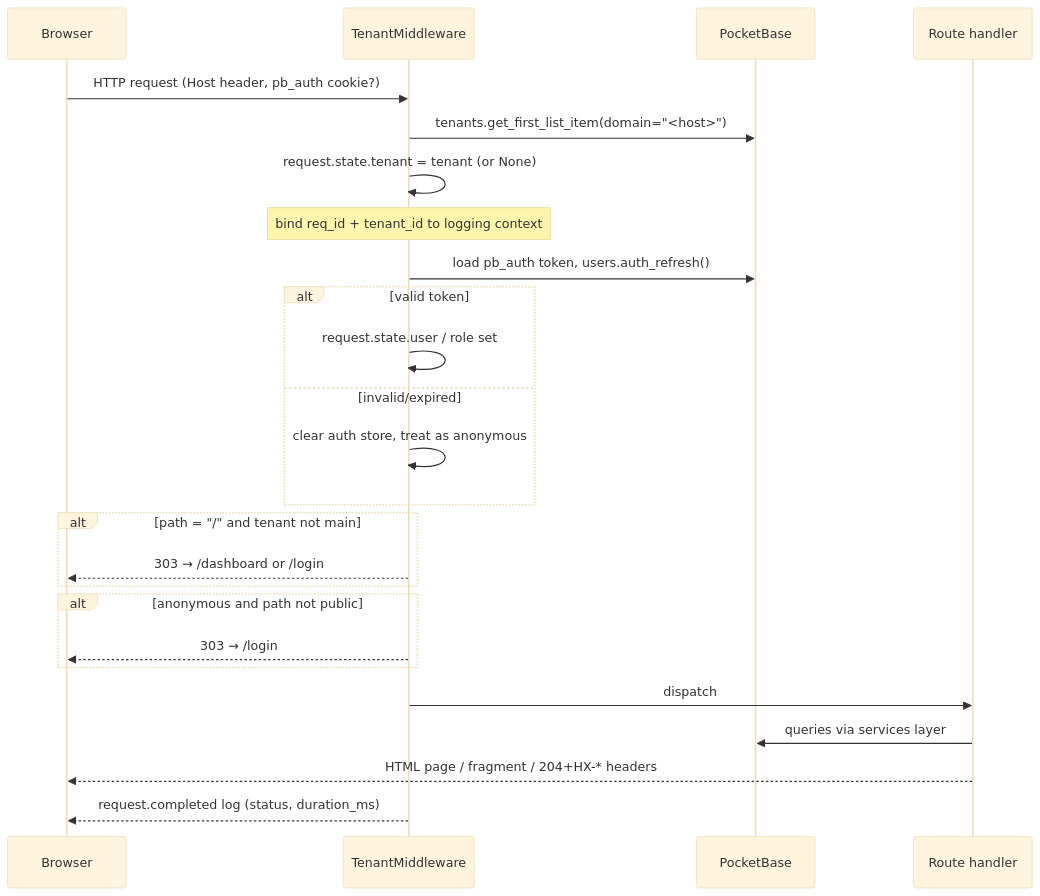
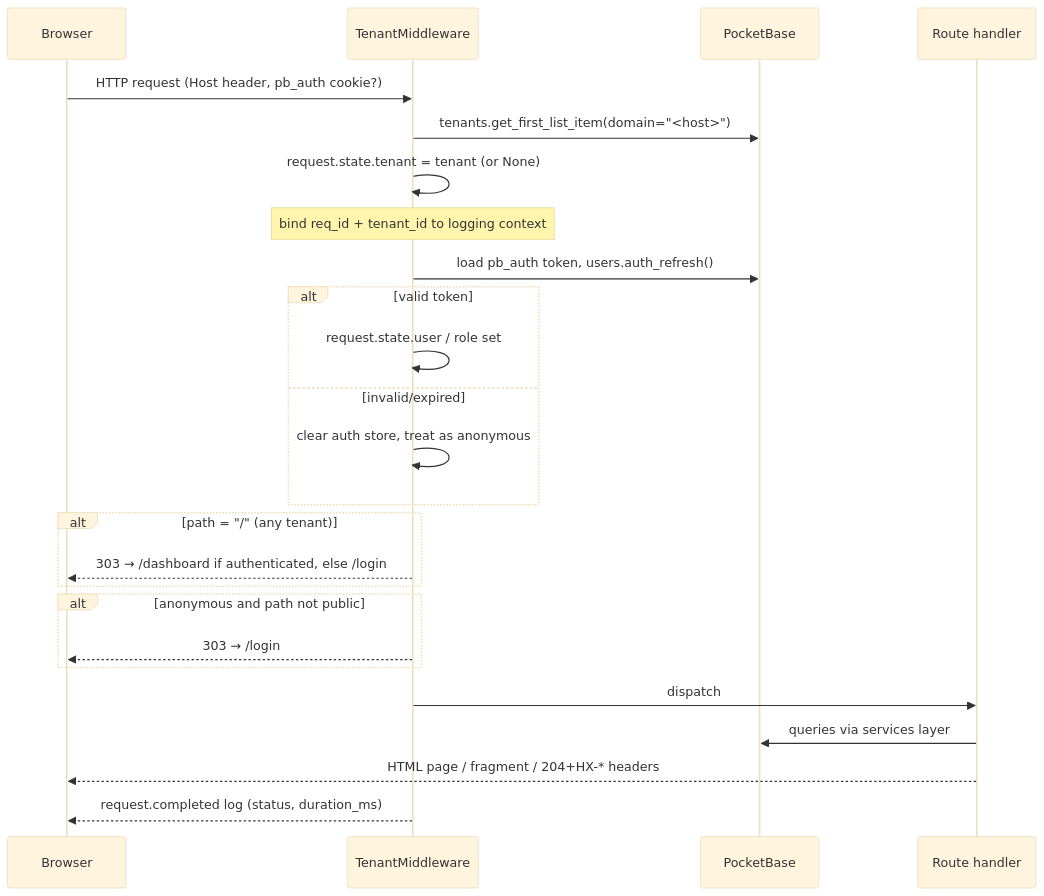
One commit to Rastin-Amani/Gyme changed the second of 3 diagrams in docs/04-architecture.md. Above: the diagram before and after it, drawn with Mermaid (base theme). The commit also changed other lines of this file and 9 other files, not shown here.

````diff
--- a/docs/04-architecture.md
+++ b/docs/04-architecture.md
@@ -47,28 +47,28 @@
 ```mermaid
 sequenceDiagram
     participant B as Browser
     participant M as TenantMiddleware
     participant PB as PocketBase
     participant R as Route handler
 
     B->>M: HTTP request (Host header, pb_auth cookie?)
     M->>PB: tenants.get_first_list_item(domain="<host>")
     M->>M: request.state.tenant = tenant (or None)
     Note over M: bind req_id + tenant_id to logging context
     M->>PB: load pb_auth token, users.auth_refresh()
     alt valid token
         M->>M: request.state.user / role set
     else invalid/expired
         M->>M: clear auth store, treat as anonymous
     end
-    alt path = "/" and tenant not main
-        M-->>B: 303 → /dashboard or /login
+    alt path = "/" (any tenant)
+        M-->>B: 303 → /dashboard if authenticated, else /login
     end
     alt anonymous and path not public
         M-->>B: 303 → /login
     end
     M->>R: dispatch
     R->>PB: queries via services layer
     R-->>B: HTML page / fragment / 204+HX-* headers
     M-->>B: request.completed log (status, duration_ms)
 ```
````
